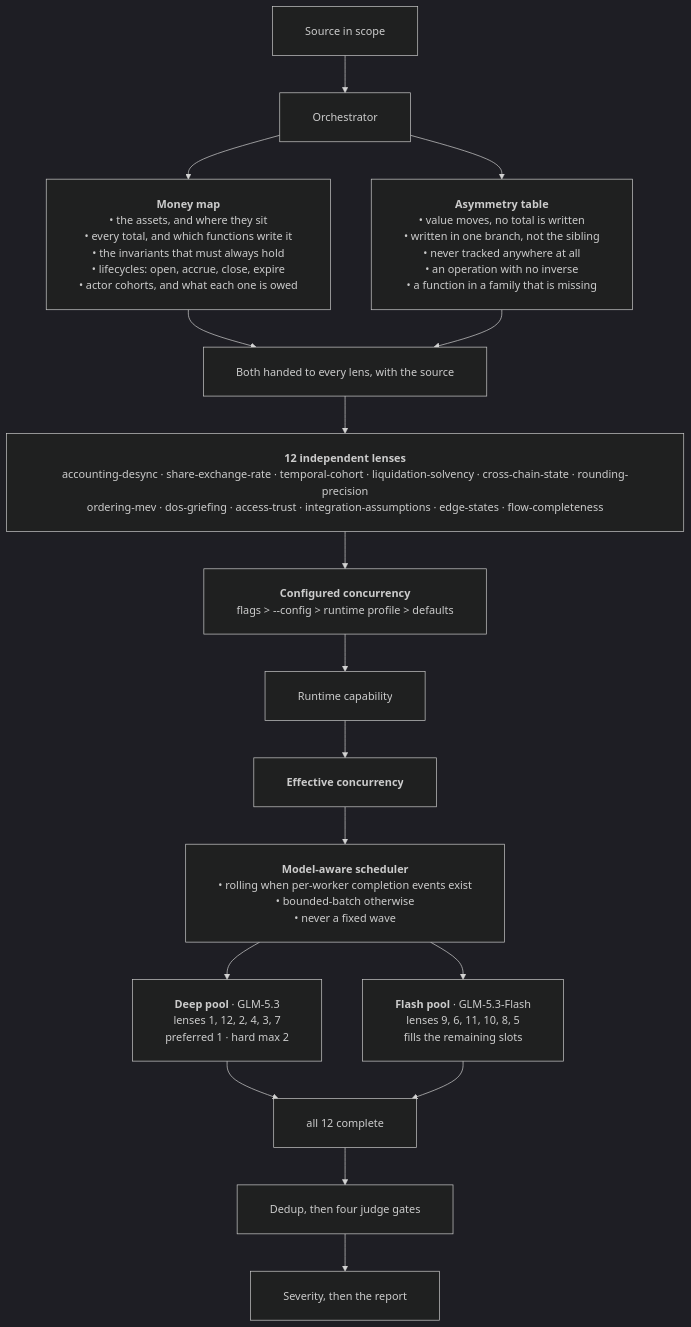
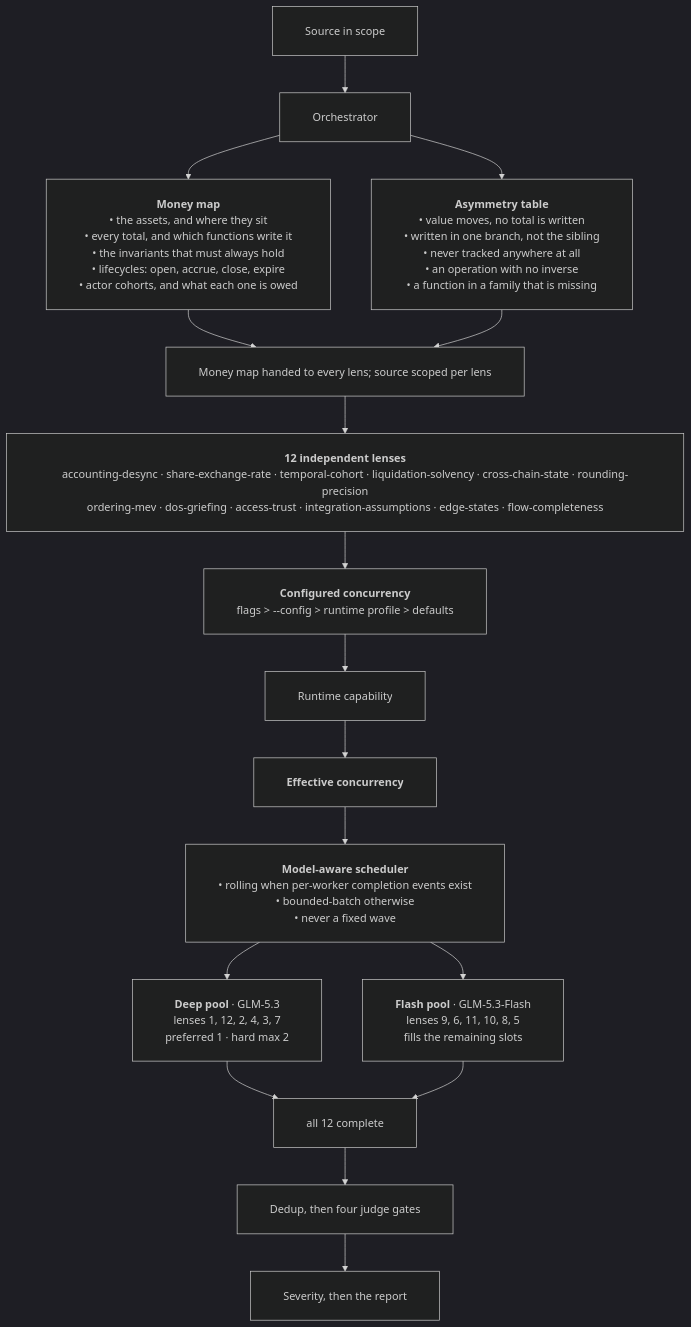
Before and after one commit to WhiteHexLabs/0xsimao-ai: the diagram in README.md, drawn with Mermaid (dark theme). The commit also changed other lines of this file and 16 other files, not shown here.

First line of the commit message:
feat: shrink per-run audit context without dropping lens coverage (v1.6.0)

````diff
--- a/README.md
+++ b/README.md
@@ -29,20 +29,20 @@
 ```mermaid
 %%{init: {"flowchart": {"padding": 24, "nodeSpacing": 60, "rankSpacing": 55, "wrappingWidth": 900}}}%%
 flowchart TD
   S["Source in scope"] --> O["Orchestrator"]
   O --> MM["<b>Money map</b><br/>• the assets, and where they sit<br/>• every total, and which functions write it<br/>• the invariants that must always hold<br/>• lifecycles: open, accrue, close, expire<br/>• actor cohorts, and what each one is owed"]
   O --> AT["<b>Asymmetry table</b><br/>• value moves, no total is written<br/>• written in one branch, not the sibling<br/>• never tracked anywhere at all<br/>• an operation with no inverse<br/>• a function in a family that is missing"]
-  MM --> H["Both handed to every lens, with the source"]
+  MM --> H["Money map handed to every lens; source scoped per lens"]
   AT --> H
   H --> Q["<b>12 independent lenses</b><br/>accounting-desync · share-exchange-rate · temporal-cohort · liquidation-solvency · cross-chain-state · rounding-precision<br/>ordering-mev · dos-griefing · access-trust · integration-assumptions · edge-states · flow-completeness"]
   Q --> CC["<b>Configured concurrency</b><br/>flags > --config > runtime profile > defaults"]
   CC --> RT["Runtime capability"]
   RT --> EC["<b>Effective concurrency</b>"]
   EC --> SC["<b>Model-aware scheduler</b><br/>• rolling when per-worker completion events exist<br/>• bounded-batch otherwise<br/>• never a fixed wave"]
   SC --> DP["<b>Deep pool</b> · GLM-5.3<br/>lenses 1, 12, 2, 4, 3, 7<br/>preferred 1 · hard max 2"]
   SC --> FP["<b>Flash pool</b> · GLM-5.3-Flash<br/>lenses 9, 6, 11, 10, 8, 5<br/>fills the remaining slots"]
   DP --> W["all 12 complete"]
   FP --> W
   W --> D["Dedup, then four judge gates"]
   D --> R["Severity, then the report"]
 ```
````
